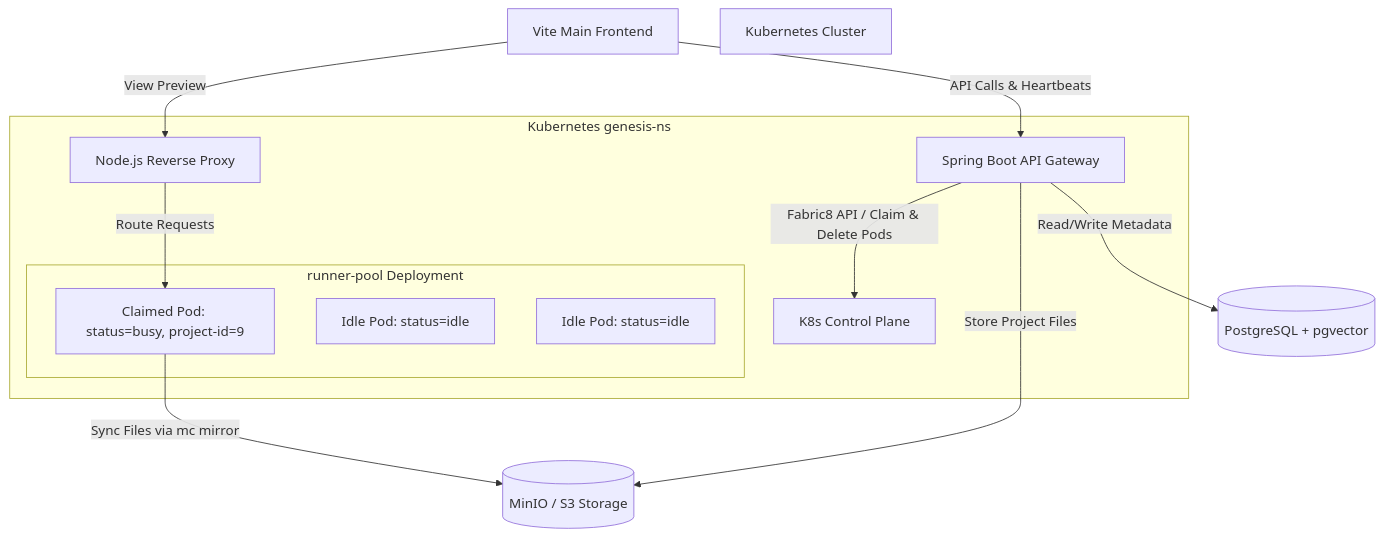
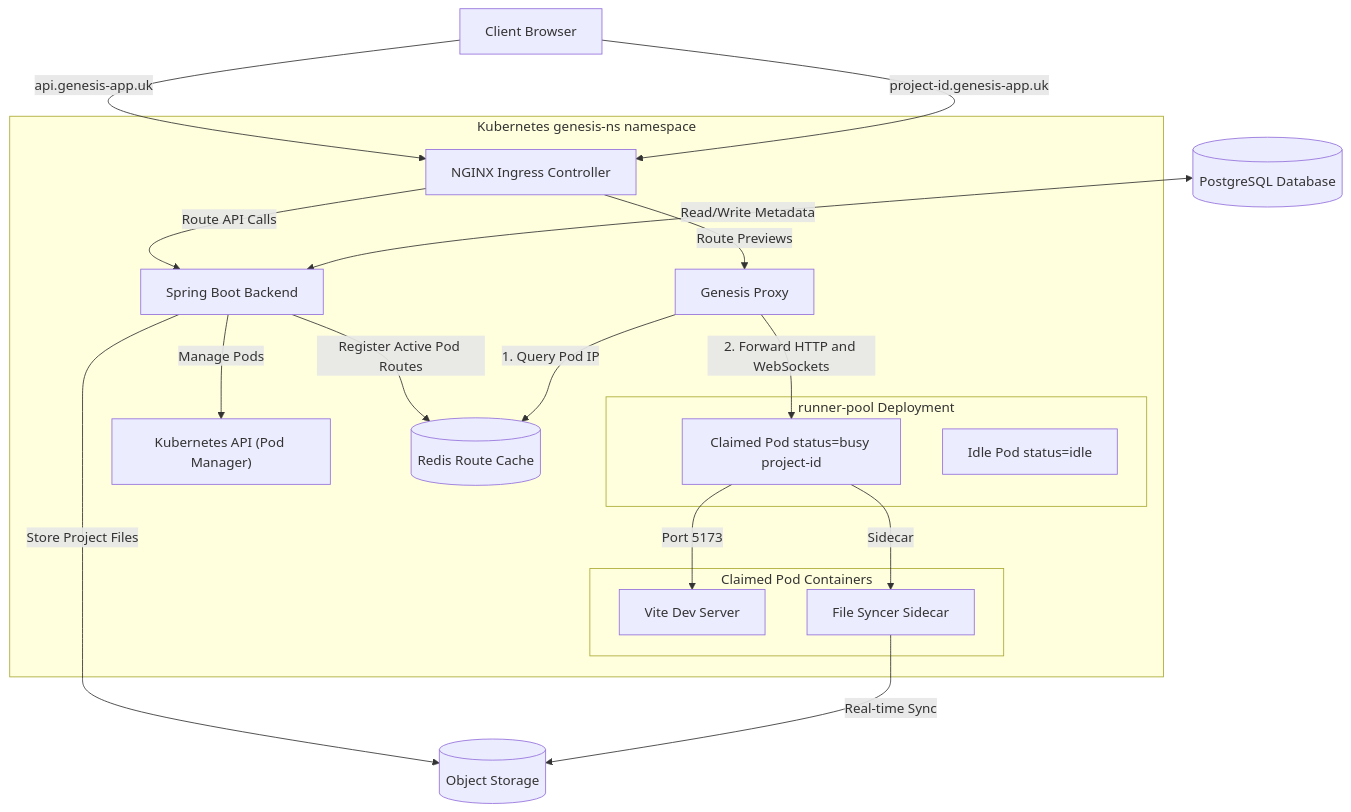
The diagram in README.md (subham3604/lovable), drawn with Mermaid before and after one commit. The commit also changed other lines of this file and 13 other files, not shown here.

````diff
--- a/README.md
+++ b/README.md
@@ -9,25 +30,34 @@
 ```mermaid
 graph TD
-    Client[Vite Main Frontend] -->|API Calls & Heartbeats| Backend[Spring Boot API Gateway]
-    Client -->|View Preview| Proxy[Node.js Reverse Proxy]
+    Database[("PostgreSQL Database")]
+    Client["Client Browser"]
+    Storage[("Object Storage")]
+
+    Client -->|api.genesis-app.uk| Ingress["NGINX Ingress Controller"]
+    Client -->|project-id.genesis-app.uk| Ingress
     
-    subSubSec[Kubernetes Cluster]
-    
-    subgraph Cluster [Kubernetes genesis-ns]
-        Backend -->|Fabric8 API / Claim & Delete Pods| K8sAPI[K8s Control Plane]
-        Proxy -->|Route Requests| RunnerPod1[Runner Pod: Project A]
+    subgraph Cluster ["Kubernetes genesis-ns namespace"]
+        Ingress -->|Route API Calls| Backend["Spring Boot Backend"]
+        Ingress -->|Route Previews| Proxy["Genesis Proxy"]
         
-        subgraph Pool [runner-pool Deployment]
-            IdlePod1[Idle Pod: status=idle]
-            IdlePod2[Idle Pod: status=idle]
-            RunnerPod1[Claimed Pod: status=busy, project-id=9]
+        Backend -->|Manage Pods| K8sAPI["Kubernetes API (Pod Manager)"]
+        Backend -->|Register Active Pod Routes| Redis[("Redis Route Cache")]
+        
+        Proxy -->|1. Query Pod IP| Redis
+        Proxy -->|2. Forward HTTP and WebSockets| RunnerPod
+        
+        subgraph Pool ["runner-pool Deployment"]
+            IdlePod["Idle Pod status=idle"]
+            RunnerPod["Claimed Pod status=busy project-id"]
+        end
+        
+        subgraph RunnerPodContainers ["Claimed Pod Containers"]
+            RunnerPod -->|Port 5173| Vite["Vite Dev Server"]
+            RunnerPod -->|Sidecar| Syncer["File Syncer Sidecar"]
         end
     end
     
-    Database[(PostgreSQL + pgvector)]
-    Storage[(MinIO / S3 Storage)]
-    
-    Backend -->|Read/Write Metadata| Database
+    Database <-->|Read/Write Metadata| Backend
     Backend -->|Store Project Files| Storage
-    RunnerPod1 -->|Sync Files via mc mirror| Storage
+    Syncer -->|Real-time Sync| Storage
 ```
````
